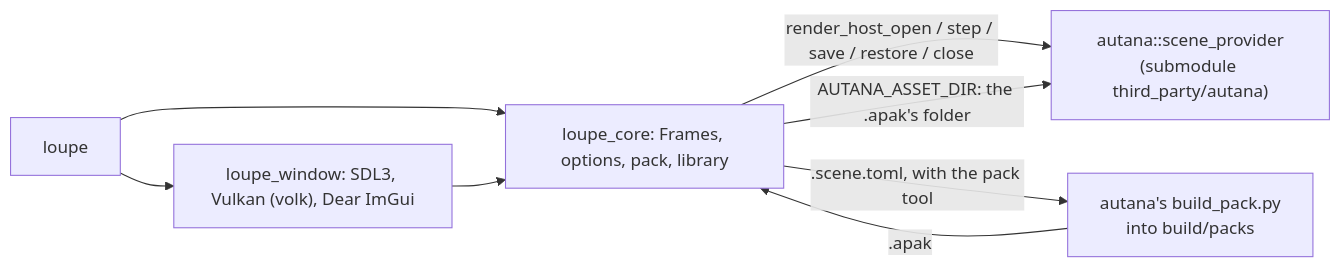
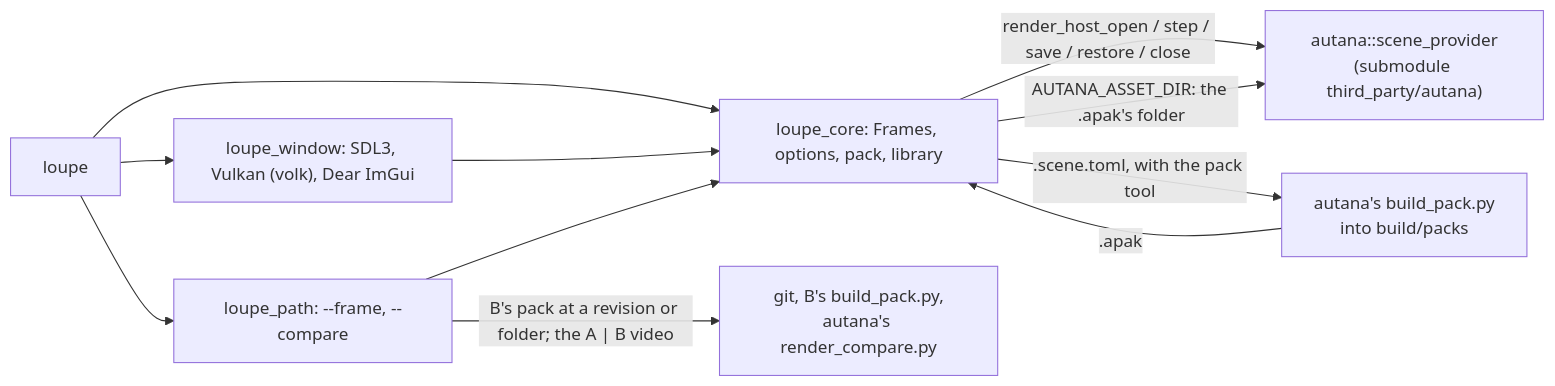
Before and after one commit to jose-villegas/loupe: the diagram in README.md, drawn with Mermaid. The commit also changed other lines of this file and 27 other files, not shown here.

Commit message:
A camera path's frame and an A | B compare from the command line: --frame N -o OUT.png, and --compare REV|DIR [--b-args] with --video or --frame; switching scenes in the window is in-process now that autana's close gives back the pack (autana-i5djy.5)

````diff
--- a/README.md
+++ b/README.md
@@ -10,10 +10,13 @@
 ```mermaid
 flowchart LR
   cli["loupe"] --> window["loupe_window: SDL3, Vulkan (volk), Dear ImGui"]
   cli --> core["loupe_core: Frames, options, pack, library"]
+  cli --> path["loupe_path: --frame, --compare"]
   window --> core
+  path --> core
+  path -- "B's pack at a revision or folder; the A | B video" --> tools["git, B's build_pack.py,<br/>autana's render_compare.py"]
   core -- "render_host_open / step / save / restore / close" --> autana["autana::scene_provider<br/>(submodule third_party/autana)"]
   core -- ".scene.toml, with the pack tool" --> pack["autana's build_pack.py<br/>into build/packs"]
   pack -- ".apak" --> core
   core -- "AUTANA_ASSET_DIR: the .apak's folder" --> autana
 ```
````
